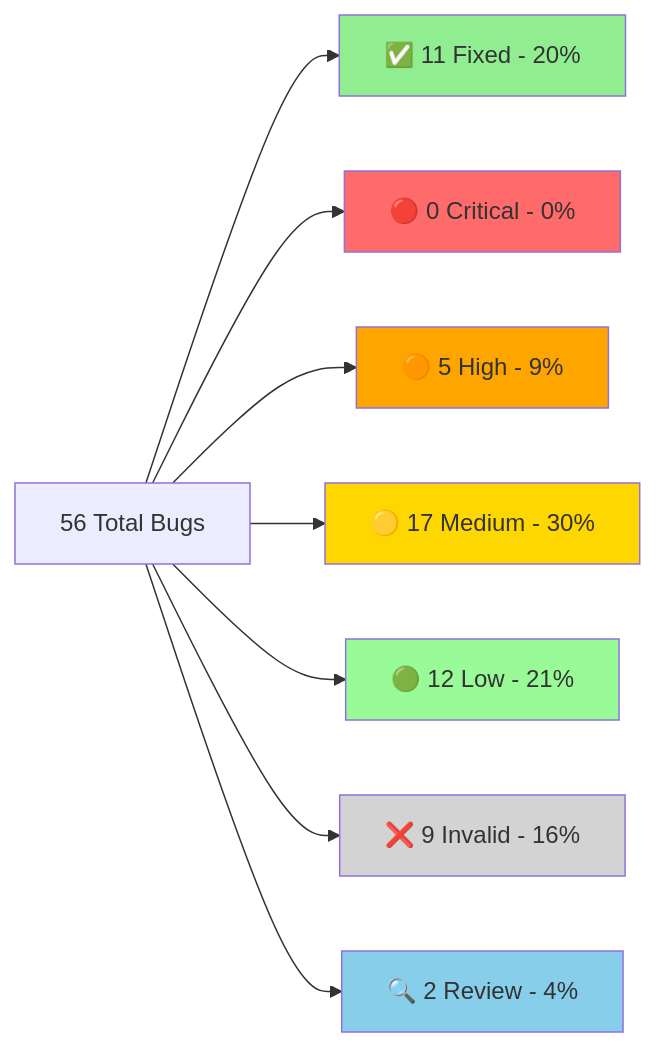
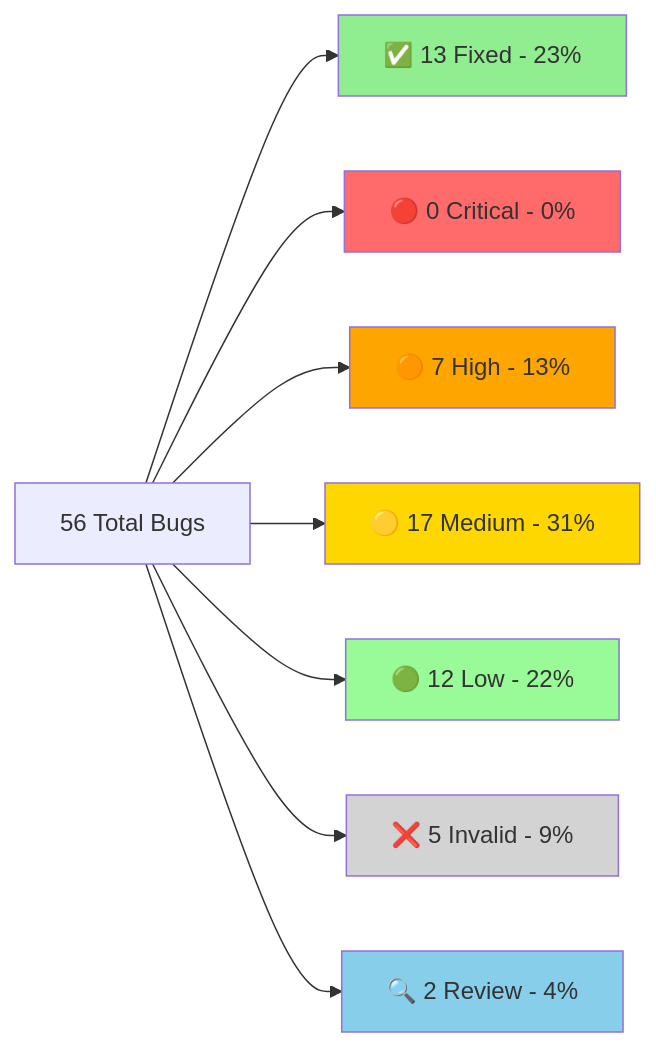
One commit to olevar2/Auj6 changed the third of 5 diagrams in docs/reports/COMPLETE_BUG_VERIFICATION_REPORT_NEW.md. Above: the diagram before and after it, drawn with Mermaid. The commit also changed other lines of this file and 2 other files, not shown here.

````diff
--- a/docs/reports/COMPLETE_BUG_VERIFICATION_REPORT_NEW.md
+++ b/docs/reports/COMPLETE_BUG_VERIFICATION_REPORT_NEW.md
@@ -758,18 +826,18 @@
 ```mermaid
 graph LR
-    A[56 Total Bugs] --> B[✅ 11 Fixed - 20%]
+    A[56 Total Bugs] --> B[✅ 13 Fixed - 23%]
     A --> C[🔴 0 Critical - 0%]
-    A --> D[🟠 5 High - 9%]
-    A --> E[🟡 17 Medium - 30%]
-    A --> F[🟢 12 Low - 21%]
-    A --> G[❌ 9 Invalid - 16%]
+    A --> D[🟠 7 High - 13%]
+    A --> E[🟡 17 Medium - 31%]
+    A --> F[🟢 12 Low - 22%]
+    A --> G[❌ 5 Invalid - 9%]
     A --> H[🔍 2 Review - 4%]
     
     style B fill:#90EE90
     style C fill:#FF6B6B
     style D fill:#FFA500
     style E fill:#FFD700
     style F fill:#98FB98
     style G fill:#D3D3D3
     style H fill:#87CEEB
 ```
````
